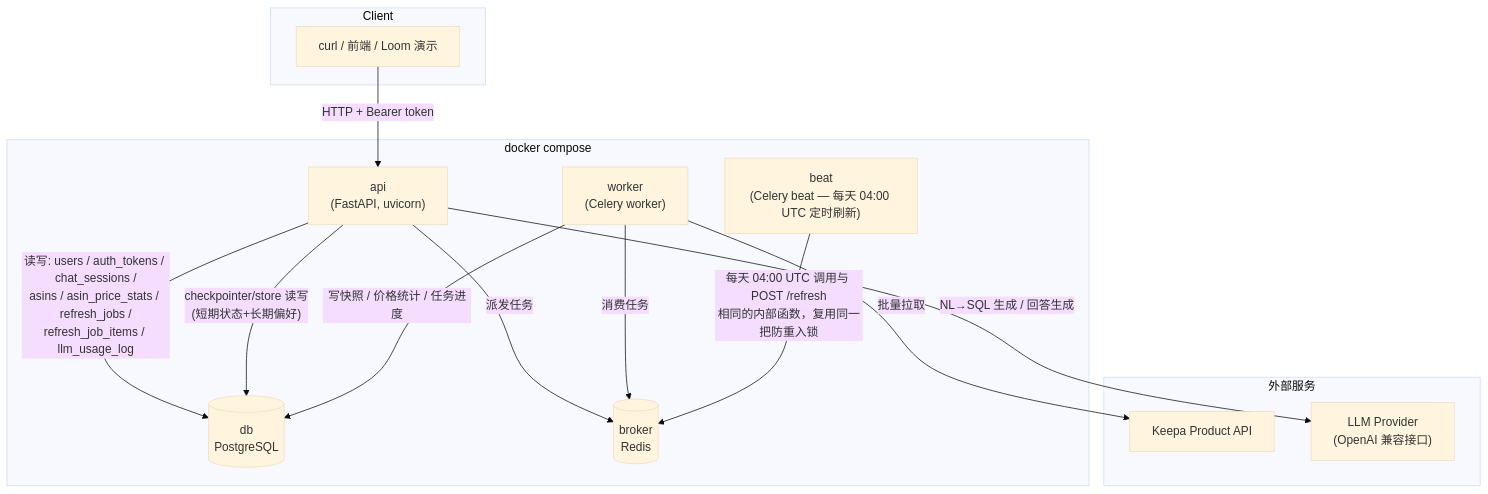
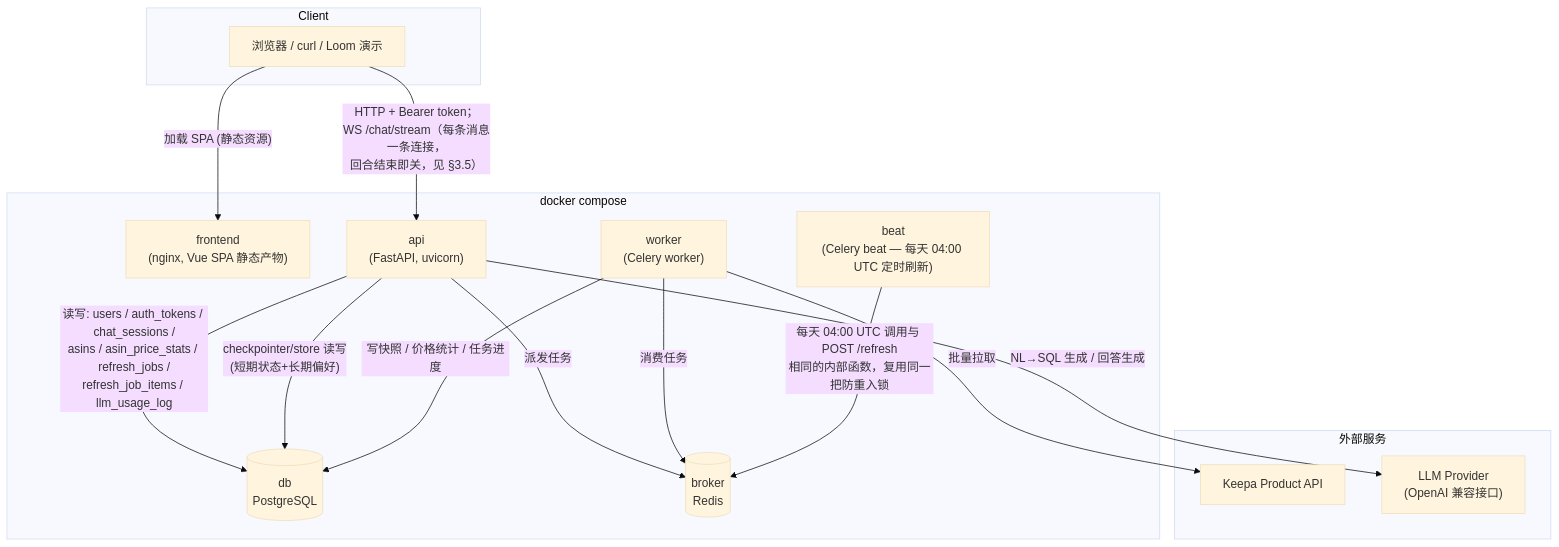
Before and after one commit to LURENYUANSHI/keepa_scout_challenge: the first of 7 diagrams in ARCHITECTURE.md, drawn with Mermaid (base theme). The commit also changed other lines of this file, not shown here.

First line of the commit message:
docs: bring ARCHITECTURE diagrams up to date, paper-figure format

````diff
--- a/ARCHITECTURE.md
+++ b/ARCHITECTURE.md
@@ -15,29 +15,31 @@
 ```mermaid
 flowchart TB
     subgraph Client
-        C[curl / 前端 / Loom 演示]
+        C[浏览器 / curl / Loom 演示]
     end
 
     subgraph Compose["docker compose"]
+        FE["frontend\n(nginx, Vue SPA 静态产物)"]
         API["api\n(FastAPI, uvicorn)"]
         WORKER["worker\n(Celery worker)"]
         BEAT["beat\n(Celery beat — 每天 04:00 UTC 定时刷新)"]
         DB[("db\nPostgreSQL")]
         BROKER[("broker\nRedis")]
     end
 
     subgraph External["外部服务"]
         KEEPA["Keepa Product API"]
         LLM["LLM Provider\n(OpenAI 兼容接口)"]
     end
 
-    C -->|"HTTP + Bearer token"| API
+    C -->|"加载 SPA (静态资源)"| FE
+    C -->|"HTTP + Bearer token；\nWS /chat/stream（每条消息一条连接，\n回合结束即关，见 §3.5）"| API
     API -->|"读写: users / auth_tokens / chat_sessions /\nasins / asin_price_stats / refresh_jobs /\nrefresh_job_items / llm_usage_log"| DB
     API -->|"checkpointer/store 读写\n(短期状态+长期偏好)"| DB
     API -->|"派发任务"| BROKER
     WORKER -->|"消费任务"| BROKER
     WORKER -->|"写快照 / 价格统计 / 任务进度"| DB
     WORKER -->|"批量拉取"| KEEPA
     BEAT -->|"每天 04:00 UTC 调用与 POST /refresh\n相同的内部函数，复用同一把防重入锁"| BROKER
     API -->|"NL→SQL 生成 / 回答生成"| LLM
 ```
````
